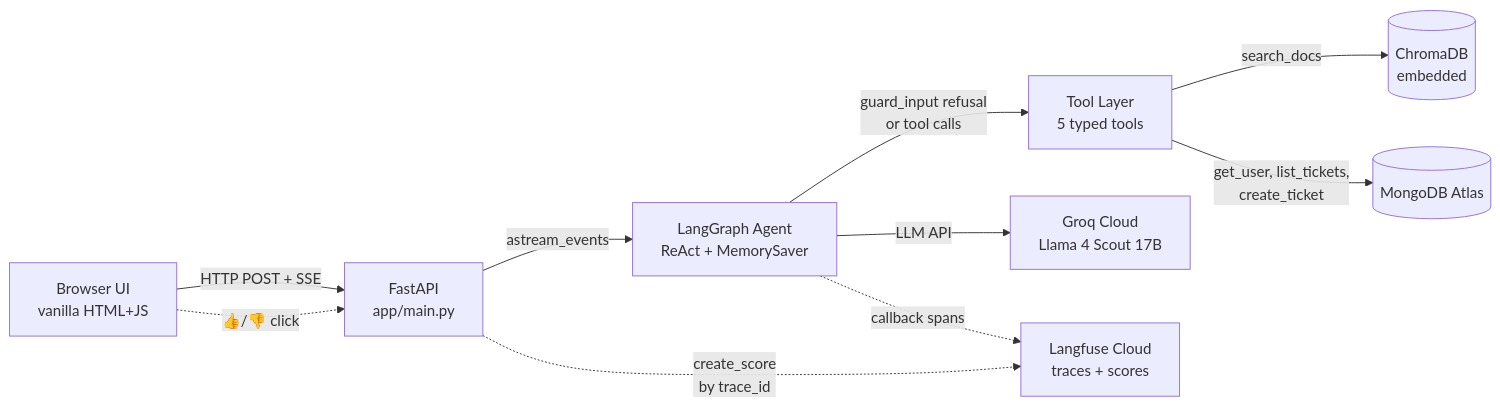
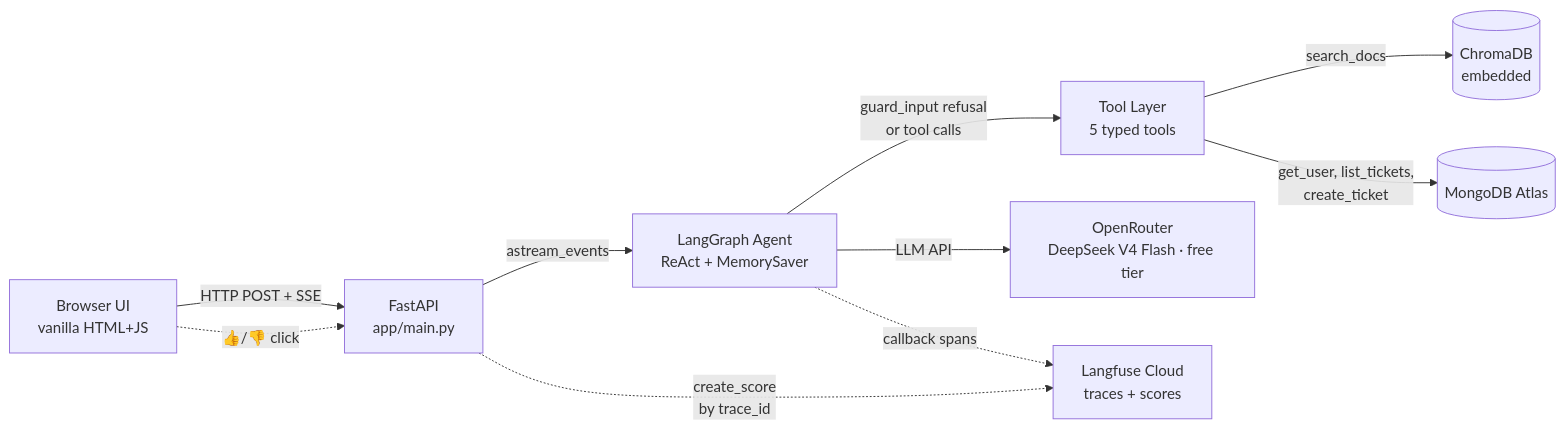
Before and after one commit to YudaLegend/taskflow-support-agent: the diagram in README.md, drawn with Mermaid. The commit also changed other lines of this file and 2 other files, not shown here.

````diff
--- a/README.md
+++ b/README.md
@@ -52,15 +52,15 @@
 ```mermaid
 graph LR
     User[Browser UI<br/>vanilla HTML+JS] -->|HTTP POST + SSE| FastAPI[FastAPI<br/>app/main.py]
     FastAPI -->|astream_events| Graph[LangGraph Agent<br/>ReAct + MemorySaver]
 
     Graph -->|guard_input refusal<br/>or tool calls| Tools[Tool Layer<br/>5 typed tools]
     Tools -->|search_docs| Chroma[(ChromaDB<br/>embedded)]
     Tools -->|get_user, list_tickets,<br/>create_ticket| Mongo[(MongoDB Atlas)]
 
-    Graph -->|LLM API| Groq[Groq Cloud<br/>Llama 4 Scout 17B]
+    Graph -->|LLM API| LLM[OpenRouter<br/>DeepSeek V4 Flash · free tier]
 
     Graph -.->|callback spans| Langfuse[Langfuse Cloud<br/>traces + scores]
     User -.->|👍/👎 click| FastAPI
     FastAPI -.->|create_score<br/>by trace_id| Langfuse
 ```
````
